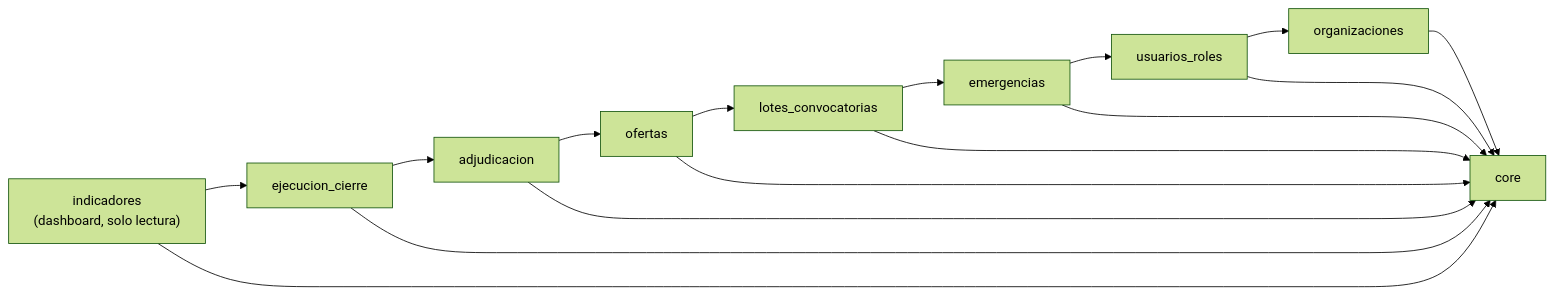
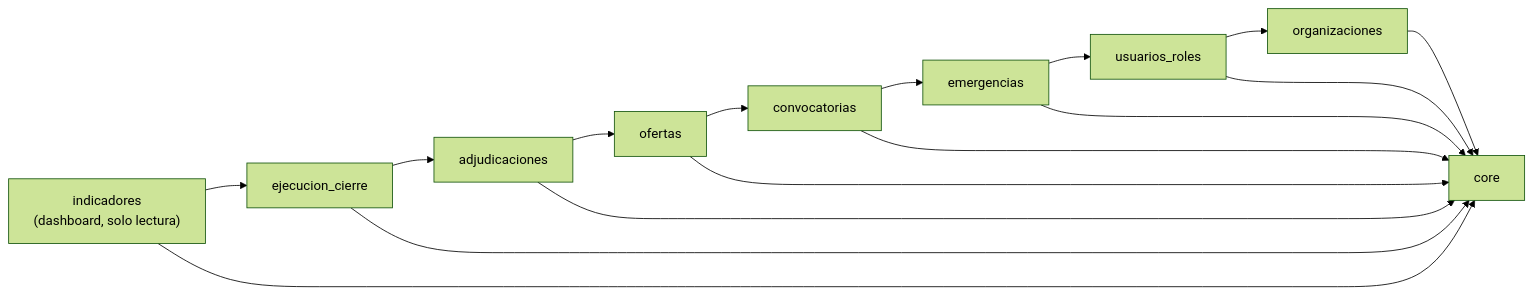
One commit to JoaquinManuelGonzalez/RescueSync-Web-App changed the second of 2 diagrams in docs/arquitectura/componentes.md. Above: the diagram before and after it, drawn with Mermaid (forest theme). The commit also changed other lines of this file and 10 other files, not shown here.

````diff
--- a/docs/arquitectura/componentes.md
+++ b/docs/arquitectura/componentes.md
@@ -376,30 +428,30 @@
 ```mermaid
 flowchart LR
     CORE["core"]
 
     ORG["organizaciones"]
     UR["usuarios_roles"]
     EM["emergencias"]
-    LC["lotes_convocatorias"]
+    LC["convocatorias"]
     OF["ofertas"]
-    AD["adjudicacion"]
+    AD["adjudicaciones"]
     EC["ejecucion_cierre"]
     IND["indicadores<br/>(dashboard, solo lectura)"]
 
     ORG --> CORE
     UR --> CORE
     EM --> CORE
     LC --> CORE
     OF --> CORE
     AD --> CORE
     EC --> CORE
     IND --> CORE
 
     UR --> ORG
     EM --> UR
     LC --> EM
     OF --> LC
     AD --> OF
     EC --> AD
     IND --> EC
 ```
````
